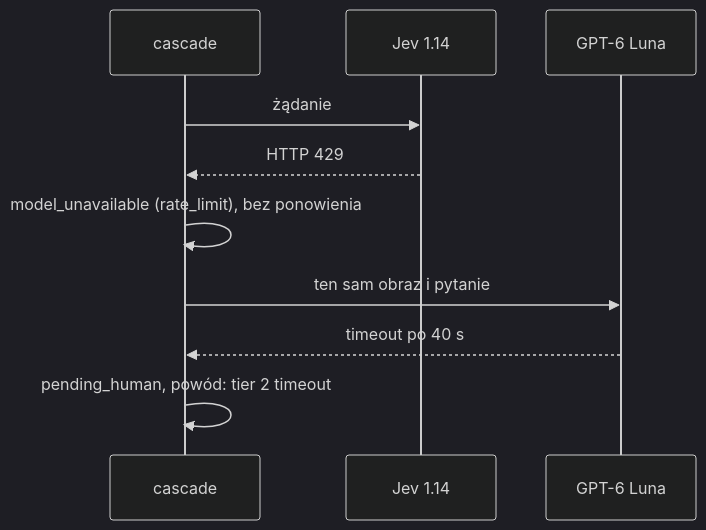
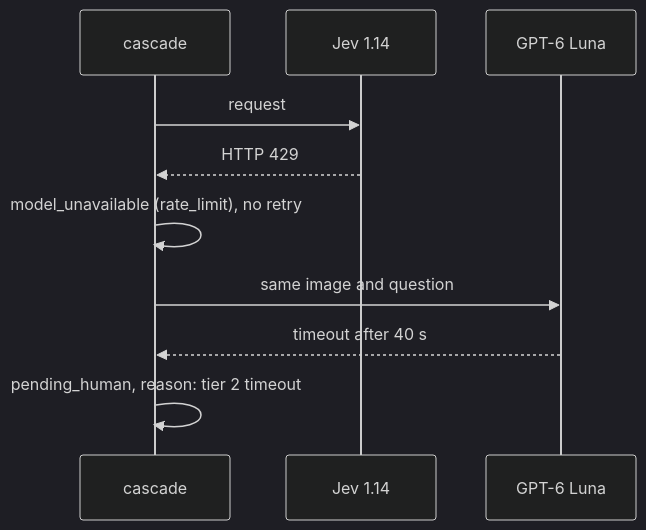
One commit to sosnowskaga/jsystems-claude-codex-gis-2026-11 changed the third of 3 diagrams in docs/ADR/001-decision-cascade.md. Above: the diagram before and after it, drawn with Mermaid (dark theme). The commit also changed other lines of this file and 3 other files, not shown here.

````diff
--- a/docs/ADR/001-decision-cascade.md
+++ b/docs/ADR/001-decision-cascade.md
@@ -215,12 +215,12 @@
 ```mermaid
 sequenceDiagram
     participant C as cascade
     participant D as Jev 1.14
     participant G as GPT-6 Luna
-    C->>D: żądanie
+    C->>D: request
     D-->>C: HTTP 429
-    C->>C: model_unavailable (rate_limit), bez ponowienia
-    C->>G: ten sam obraz i pytanie
-    G-->>C: timeout po 40 s
-    C->>C: pending_human, powód: tier 2 timeout
+    C->>C: model_unavailable (rate_limit), no retry
+    C->>G: same image and question
+    G-->>C: timeout after 40 s
+    C->>C: pending_human, reason: tier 2 timeout
 ```
````
